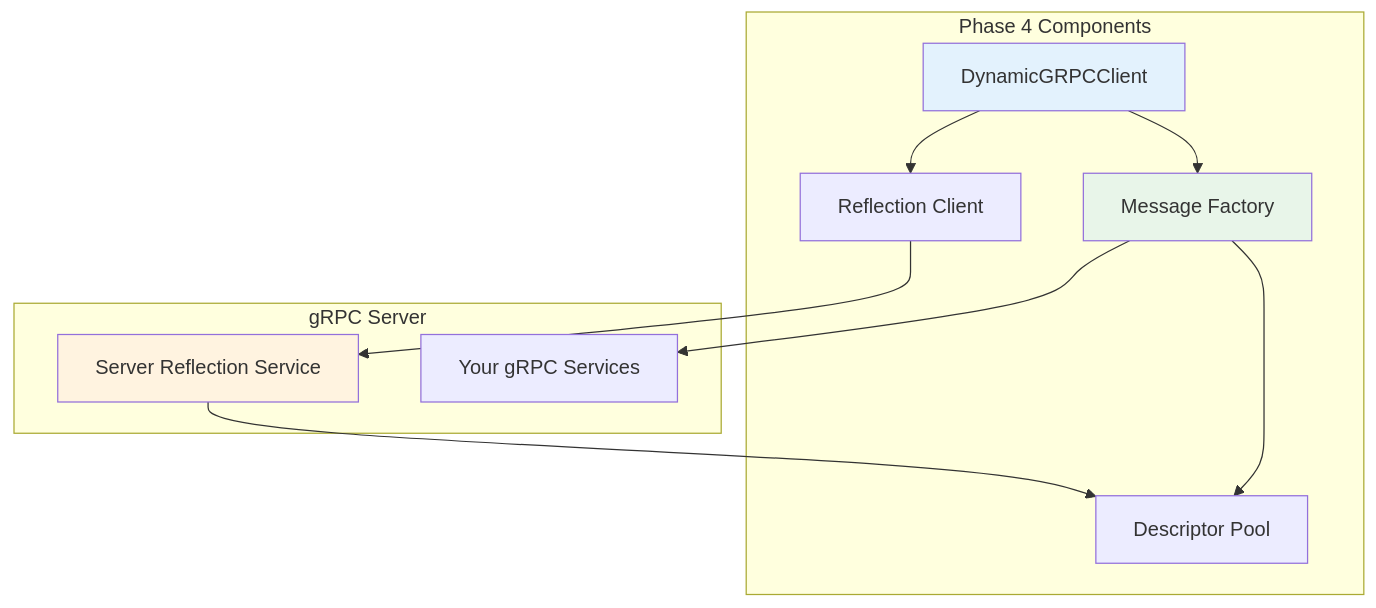
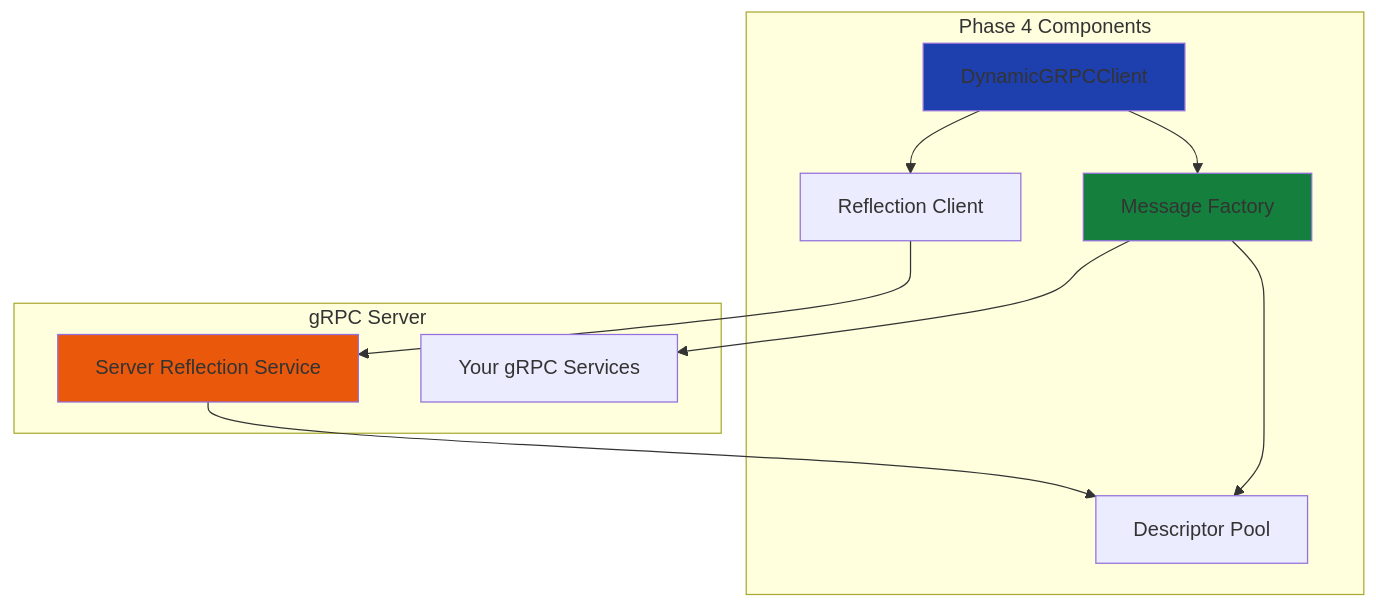
Before and after one commit to markolofsen/django-cfg: diagram 11 of 12 in docs/features/integrations/grpc/architecture.md, drawn with Mermaid. The commit also changed other lines of this file and 10 other files, not shown here.

````diff
--- a/docs/features/integrations/grpc/architecture.md
+++ b/docs/features/integrations/grpc/architecture.md
@@ -535,26 +532,26 @@
 ```mermaid
 graph TB
     subgraph "Phase 4 Components"
         DynamicClient["DynamicGRPCClient"]
         ReflectionClient["Reflection Client"]
         MessageFactory["Message Factory"]
         DescriptorPool["Descriptor Pool"]
     end
 
     subgraph "gRPC Server"
         ReflectionService["Server Reflection Service"]
         Services["Your gRPC Services"]
     end
 
     DynamicClient --> ReflectionClient
     ReflectionClient --> ReflectionService
     ReflectionService --> DescriptorPool
 
     DynamicClient --> MessageFactory
     MessageFactory --> DescriptorPool
     MessageFactory --> Services
 
-    style DynamicClient fill:#e3f2fd
-    style MessageFactory fill:#e8f5e9
-    style ReflectionService fill:#fff3e0
+    style DynamicClient fill:#1e40af
+    style MessageFactory fill:#15803d
+    style ReflectionService fill:#ea580c
 ```
````
